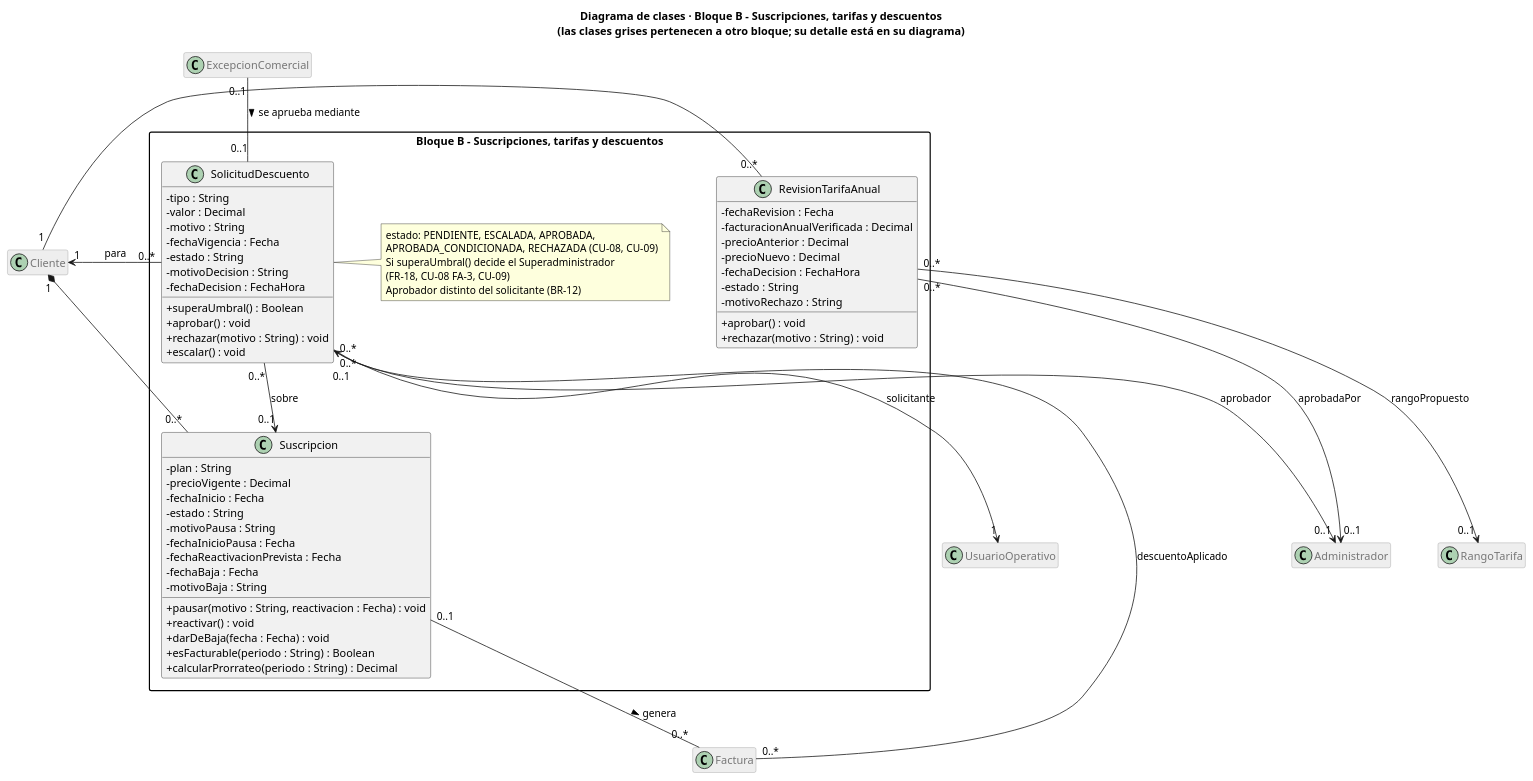
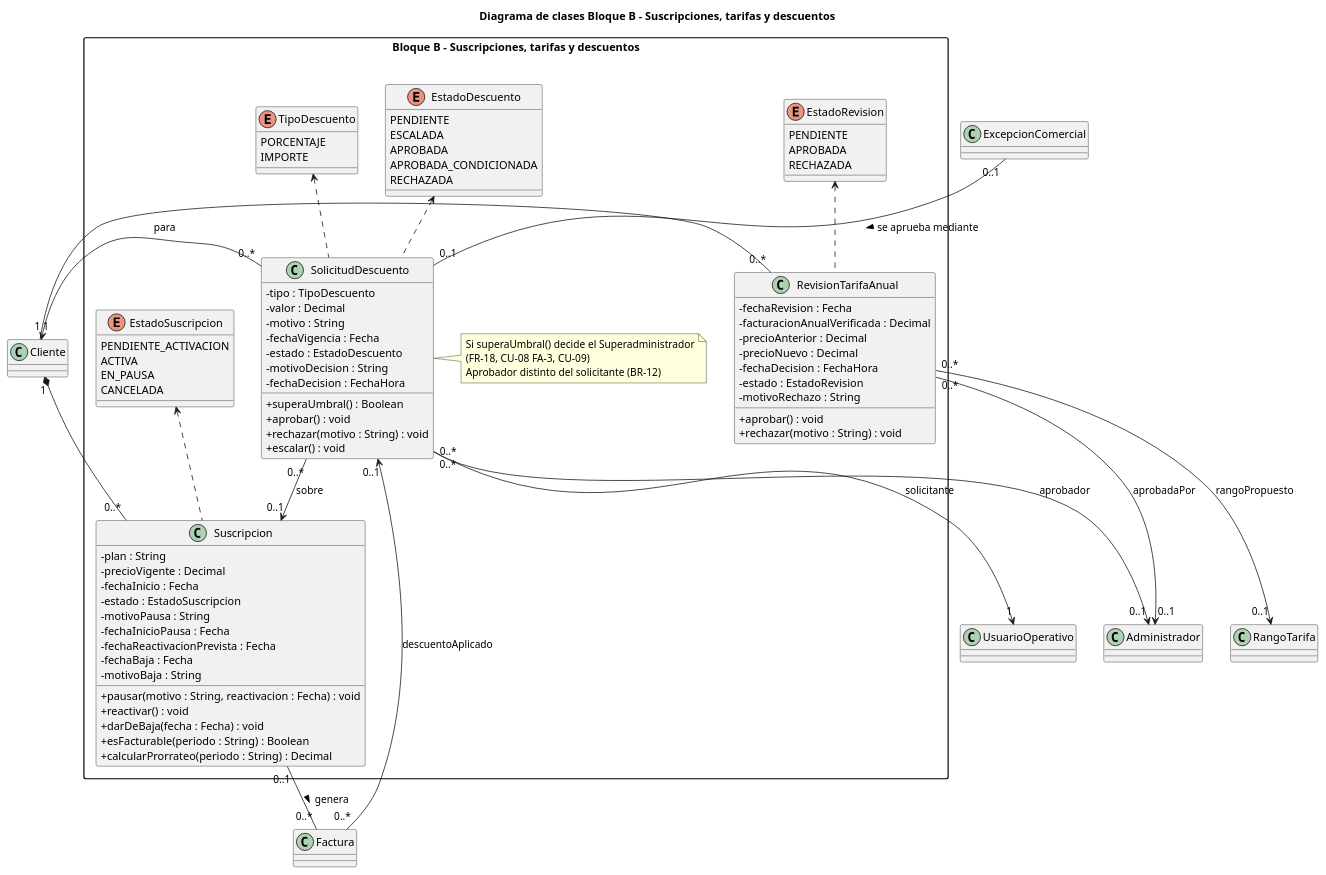
The diagram in BORRADORES/Borradores_Diagrama_De_Clases/PROPUESTA_PABLO_FERNANDEZ_CARABANTES/POSIBLE PUESTA EN COMUN/diagrama_clases_bloque_B.puml (suqihao-star/JIRAFAS), drawn with PlantUML before and after one commit. The commit also changed 6 other files, not shown here.

Commit message:
Codigos diagramas de clases con ENUM

```diff
--- a/BORRADORES/Borradores_Diagrama_De_Clases/PROPUESTA_PABLO_FERNANDEZ_CARABANTES/POSIBLE PUESTA EN COMUN/diagrama_clases_bloque_B.puml
+++ b/BORRADORES/Borradores_Diagrama_De_Clases/PROPUESTA_PABLO_FERNANDEZ_CARABANTES/POSIBLE PUESTA EN COMUN/diagrama_clases_bloque_B.puml
@@ -1,87 +1,100 @@
-@startuml clases_bloque_B
+@startuml diagrama_clases_bloque_B
+title Diagrama de clases Bloque B - Suscripciones, tarifas y descuentos
 skinparam classAttributeIconSize 0
 skinparam packageStyle rectangle
-skinparam nodesep 60
-skinparam ranksep 70
-hide empty members
-title Diagrama de clases · Bloque B - Suscripciones, tarifas y descuentos\n(las clases grises pertenecen a otro bloque; su detalle está en su diagrama)
-skinparam class {
-  BackgroundColor<<otroBloque>> #EEEEEE
-  BorderColor<<otroBloque>> #999999
-  FontColor<<otroBloque>> #777777
-}
-hide <<otroBloque>> stereotype
-hide <<otroBloque>> members
-
 package "Bloque B - Suscripciones, tarifas y descuentos" {
-
   class Suscripcion {
     - plan : String
     - precioVigente : Decimal
     - fechaInicio : Fecha
-    - estado : String
+    - estado : EstadoSuscripcion
     - motivoPausa : String
     - fechaInicioPausa : Fecha
     - fechaReactivacionPrevista : Fecha
     - fechaBaja : Fecha
     - motivoBaja : String
     + pausar(motivo : String, reactivacion : Fecha) : void
     + reactivar() : void
     + darDeBaja(fecha : Fecha) : void
     + esFacturable(periodo : String) : Boolean
     + calcularProrrateo(periodo : String) : Decimal
   }
 
   class RevisionTarifaAnual {
     - fechaRevision : Fecha
     - facturacionAnualVerificada : Decimal
     - precioAnterior : Decimal
     - precioNuevo : Decimal
     - fechaDecision : FechaHora
-    - estado : String
+    - estado : EstadoRevision
     - motivoRechazo : String
     + aprobar() : void
     + rechazar(motivo : String) : void
   }
 
   class SolicitudDescuento {
-    - tipo : String
+    - tipo : TipoDescuento
     - valor : Decimal
     - motivo : String
     - fechaVigencia : Fecha
-    - estado : String
+    - estado : EstadoDescuento
     - motivoDecision : String
     - fechaDecision : FechaHora
     + superaUmbral() : Boolean
     + aprobar() : void
     + rechazar(motivo : String) : void
     + escalar() : void
   }
   note right of SolicitudDescuento
-    estado: PENDIENTE, ESCALADA, APROBADA,
-    APROBADA_CONDICIONADA, RECHAZADA (CU-08, CU-09)
     Si superaUmbral() decide el Superadministrador
     (FR-18, CU-08 FA-3, CU-09)
     Aprobador distinto del solicitante (BR-12)
   end note
+
+  enum EstadoSuscripcion {
+    PENDIENTE_ACTIVACION
+    ACTIVA
+    EN_PAUSA
+    CANCELADA
+  }
+  enum EstadoRevision {
+    PENDIENTE
+    APROBADA
+    RECHAZADA
+  }
+  enum TipoDescuento {
+    PORCENTAJE
+    IMPORTE
+  }
+  enum EstadoDescuento {
+    PENDIENTE
+    ESCALADA
+    APROBADA
+    APROBADA_CONDICIONADA
+    RECHAZADA
+  }
 }
 
-class Cliente <<otroBloque>>
-class RangoTarifa <<otroBloque>>
-class Administrador <<otroBloque>>
-class ExcepcionComercial <<otroBloque>>
-class UsuarioOperativo <<otroBloque>>
-class Factura <<otroBloque>>
+class Cliente 
+class RangoTarifa
+class Administrador
+class ExcepcionComercial
+class UsuarioOperativo 
+class Factura 
 
 Cliente "1" *-- "0..*" Suscripcion
 Cliente "1" -- "0..*" RevisionTarifaAnual
 RevisionTarifaAnual "0..*" --> "0..1" RangoTarifa : rangoPropuesto
 RevisionTarifaAnual "0..*" --> "0..1" Administrador : aprobadaPor
 ExcepcionComercial "0..1" -- "0..1" SolicitudDescuento : se aprueba mediante >
 SolicitudDescuento "0..*" --> "1" Cliente : para
 SolicitudDescuento "0..*" --> "0..1" Suscripcion : sobre
 SolicitudDescuento "0..*" --> "1" UsuarioOperativo : solicitante
 SolicitudDescuento "0..*" --> "0..1" Administrador : aprobador
 Suscripcion "0..1" -- "0..*" Factura : genera >
 Factura "0..*" --> "0..1" SolicitudDescuento : descuentoAplicado
+EstadoSuscripcion <.. Suscripcion
+EstadoRevision <.. RevisionTarifaAnual
+TipoDescuento <.. SolicitudDescuento
+EstadoDescuento <.. SolicitudDescuento
 @enduml
```
